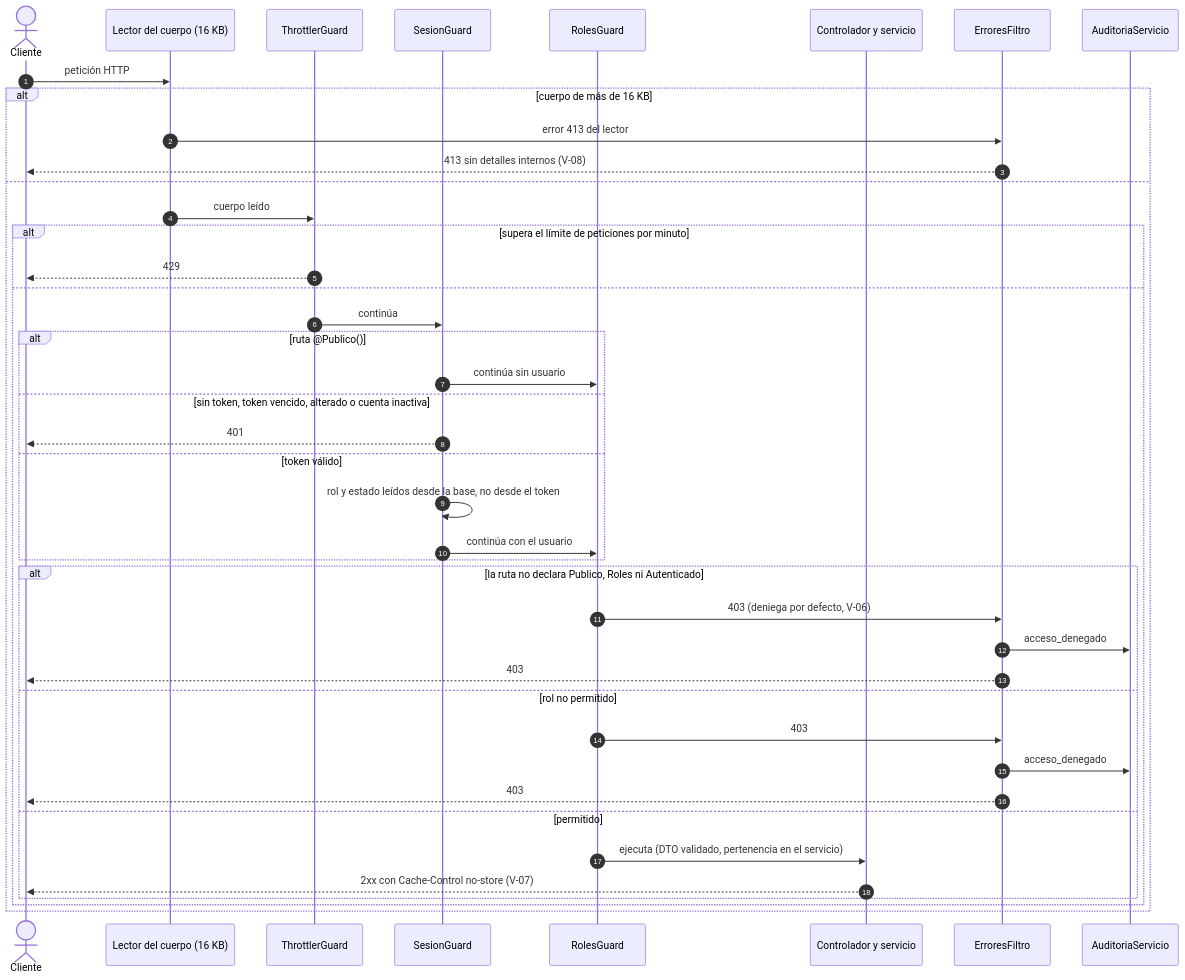
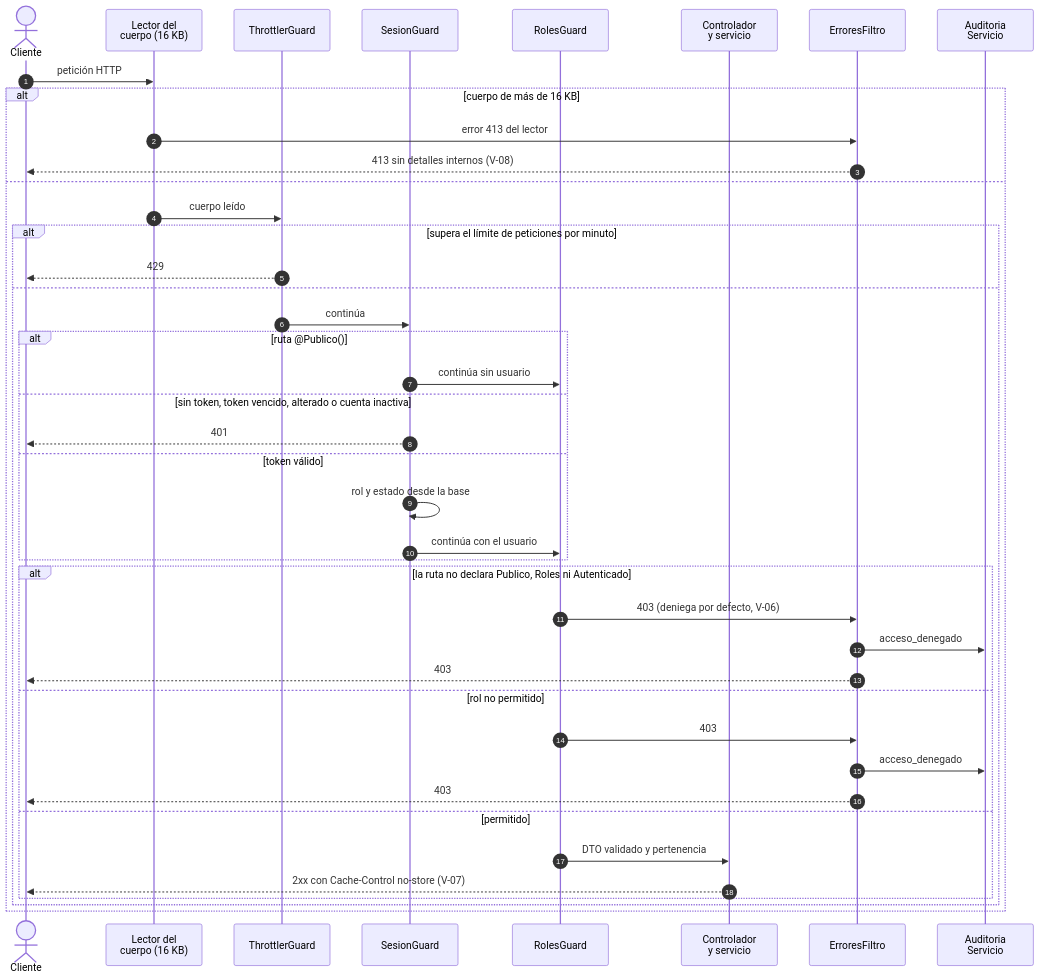
Before and after one commit to bejota64/colectivos: diagram 11 of 11 in docs/uml/README.md, drawn with Mermaid. The commit also changed other lines of this file and 7 other files, not shown here.

Commit message:
Informe de la Eva 4 y diagramas UML mas legibles

````diff
--- a/docs/uml/README.md
+++ b/docs/uml/README.md
@@ -454,45 +457,45 @@
 ```mermaid
 sequenceDiagram
   autonumber
   actor U as Cliente
-  participant B as Lector del cuerpo (16 KB)
+  participant B as Lector del<br/>cuerpo (16 KB)
   participant T as ThrottlerGuard
   participant SG as SesionGuard
   participant RG as RolesGuard
-  participant H as Controlador y servicio
+  participant H as Controlador<br/>y servicio
   participant F as ErroresFiltro
-  participant A as AuditoriaServicio
+  participant A as Auditoria<br/>Servicio
 
   U->>B: petición HTTP
   alt cuerpo de más de 16 KB
     B->>F: error 413 del lector
     F-->>U: 413 sin detalles internos (V-08)
   else
     B->>T: cuerpo leído
     alt supera el límite de peticiones por minuto
       T-->>U: 429
     else
       T->>SG: continúa
       alt ruta @Publico()
         SG->>RG: continúa sin usuario
       else sin token, token vencido, alterado o cuenta inactiva
         SG-->>U: 401
       else token válido
-        SG->>SG: rol y estado leídos desde la base, no desde el token
+        SG->>SG: rol y estado desde la base
         SG->>RG: continúa con el usuario
       end
       alt la ruta no declara Publico, Roles ni Autenticado
         RG->>F: 403 (deniega por defecto, V-06)
         F->>A: acceso_denegado
         F-->>U: 403
       else rol no permitido
         RG->>F: 403
         F->>A: acceso_denegado
         F-->>U: 403
       else permitido
-        RG->>H: ejecuta (DTO validado, pertenencia en el servicio)
+        RG->>H: DTO validado y pertenencia
         H-->>U: 2xx con Cache-Control no-store (V-07)
       end
     end
   end
 ```
````
